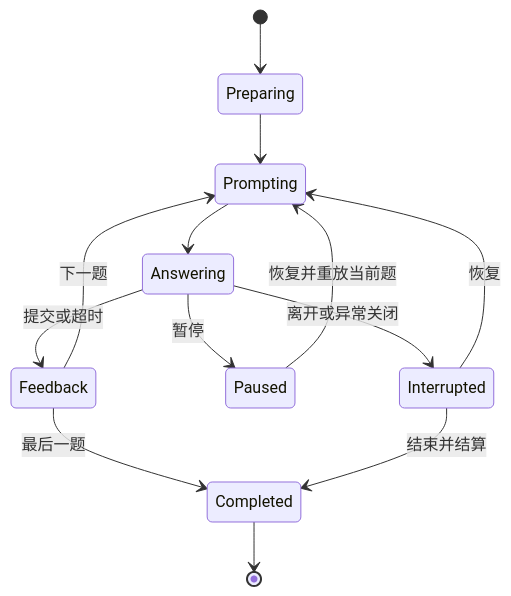
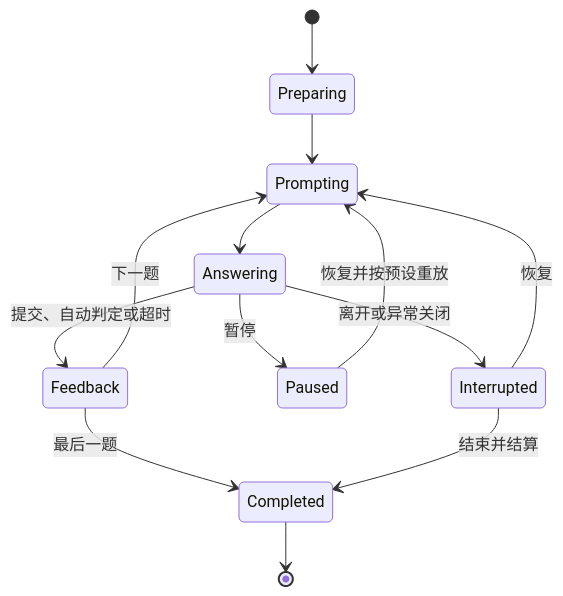
One commit to ExplorerX/MoCo changed the second of 2 diagrams in InformationArchitecture.md. Above: the diagram before and after it, drawn with Mermaid. The commit also changed other lines of this file and 2 other files, not shown here.

````diff
--- a/InformationArchitecture.md
+++ b/InformationArchitecture.md
@@ -239,15 +277,15 @@
 ```mermaid
 stateDiagram-v2
     [*] --> Preparing
     Preparing --> Prompting
     Prompting --> Answering
-    Answering --> Feedback: 提交或超时
+    Answering --> Feedback: 提交、自动判定或超时
     Feedback --> Prompting: 下一题
     Feedback --> Completed: 最后一题
     Answering --> Paused: 暂停
-    Paused --> Prompting: 恢复并重放当前题
+    Paused --> Prompting: 恢复并按预设重放
     Answering --> Interrupted: 离开或异常关闭
     Interrupted --> Prompting: 恢复
     Interrupted --> Completed: 结束并结算
     Completed --> [*]
 ```
````
